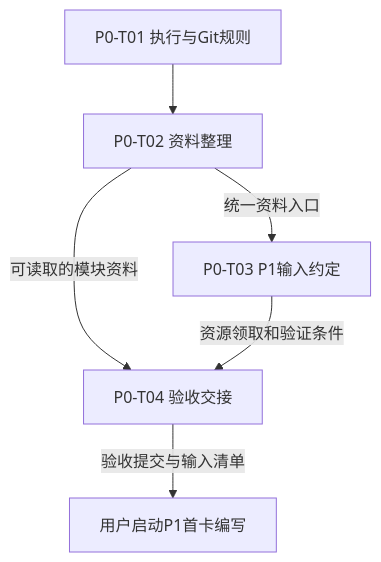
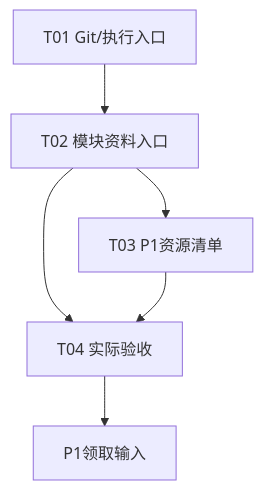
Before and after one commit to AsteriaAnna/ledger-final: the third of 5 diagrams in docs/PHASE_DELIVERIES_AND_DEPENDENCIES.md, drawn with Mermaid. The commit also changed other lines of this file and 1 other file, not shown here.

Commit message:
docs: detail P0-P7 implementation sequence and code locations

````diff
--- a/docs/PHASE_DELIVERIES_AND_DEPENDENCIES.md
+++ b/docs/PHASE_DELIVERIES_AND_DEPENDENCIES.md
@@ -80,8 +100,8 @@
 ```mermaid
 flowchart TB
-  T1["P0-T01 执行与Git规则"] --> T2["P0-T02 资料整理"]
-  T2 -->|统一资料入口| T3["P0-T03 P1输入约定"]
-  T2 -->|可读取的模块资料| T4["P0-T04 验收交接"]
-  T3 -->|资源领取和验证条件| T4
-  T4 -->|验收提交与输入清单| Next["用户启动P1首卡编写"]
+  T1["T01 Git/执行入口"] --> T2["T02 模块资料入口"]
+  T2 --> T3["T03 P1资源清单"]
+  T2 --> T4["T04 实际验收"]
+  T3 --> T4
+  T4 --> P1["P1领取输入"]
 ```
````
